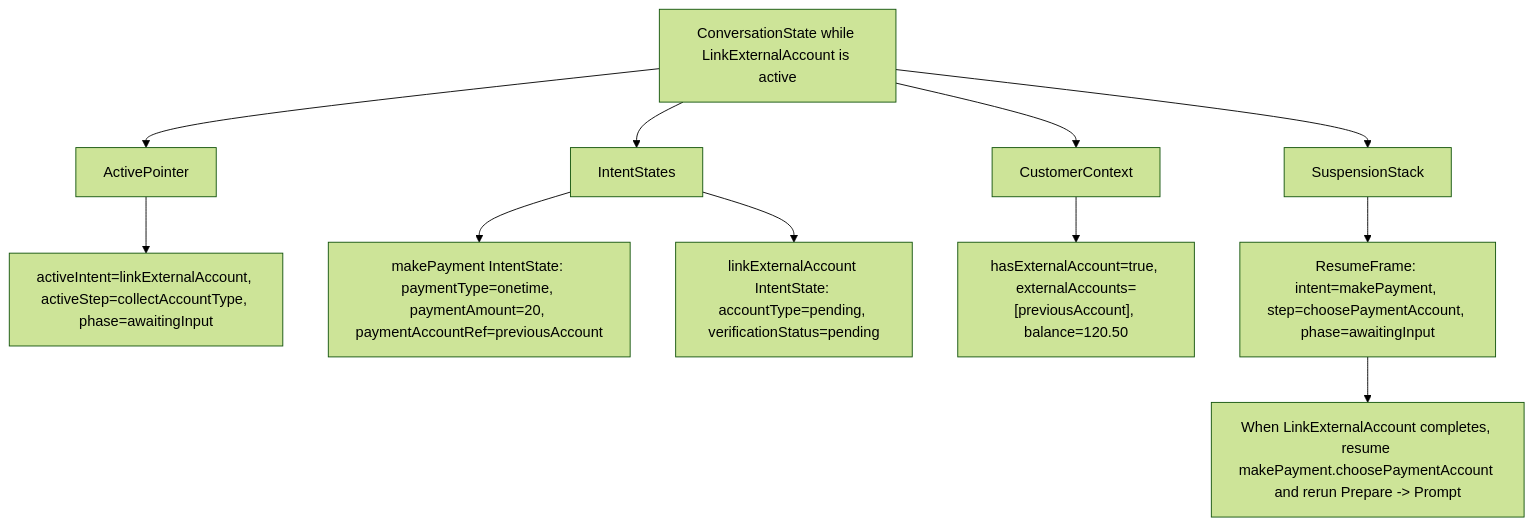
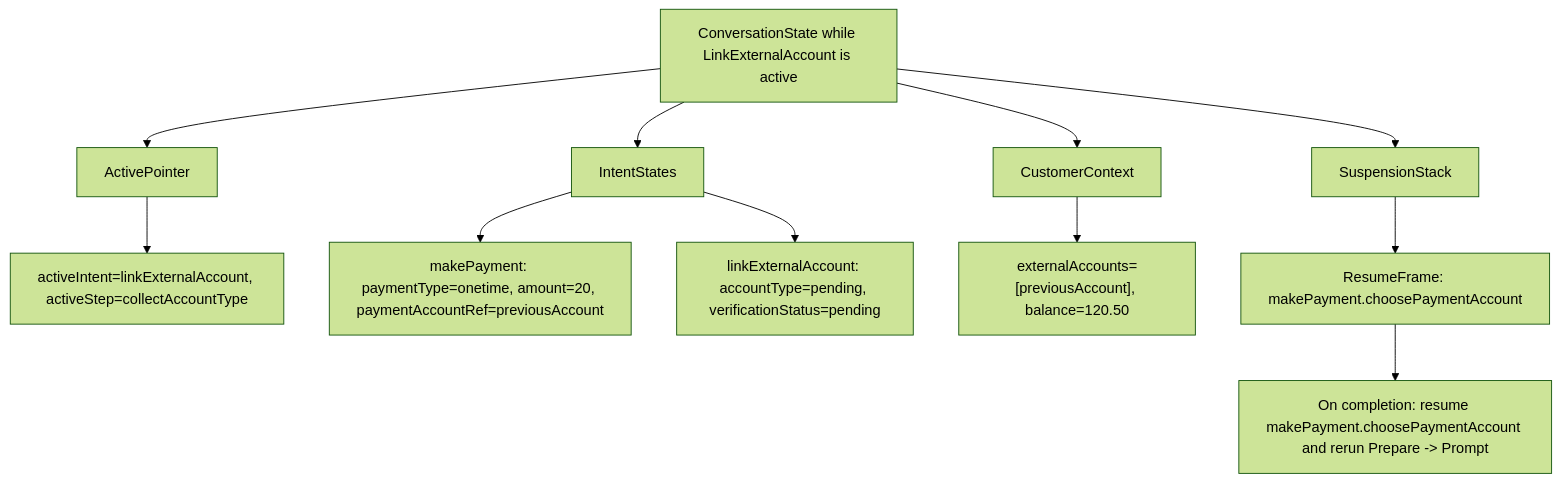
One commit to fghjkl007/adk-go-company-model-integration changed the sixth of 8 diagrams in docs/superpowers/specs/2026-06-07-intent-step-orchestration-confluence.md. Above: the diagram before and after it, drawn with Mermaid (forest theme). The commit also changed other lines of this file, not shown here.

Commit message:
docs: simplify confluence demo diagrams

````diff
--- a/docs/superpowers/specs/2026-06-07-intent-step-orchestration-confluence.md
+++ b/docs/superpowers/specs/2026-06-07-intent-step-orchestration-confluence.md
@@ -213,15 +137,14 @@
 ```mermaid
 flowchart TD
   State["ConversationState while LinkExternalAccount is active"] --> Active["ActivePointer"]
-  State --> IntentStates2["IntentStates"]
+  State --> Intents["IntentStates"]
   State --> Customer["CustomerContext"]
   State --> Stack["SuspensionStack"]
 
-  Active --> ActiveValue["activeIntent=linkExternalAccount, activeStep=collectAccountType, phase=awaitingInput"]
-  IntentStates2 --> MP["makePayment IntentState: paymentType=onetime, paymentAmount=20, paymentAccountRef=previousAccount"]
-  IntentStates2 --> LEA["linkExternalAccount IntentState: accountType=pending, verificationStatus=pending"]
-  Customer --> Ctx["hasExternalAccount=true, externalAccounts=[previousAccount], balance=120.50"]
-  Stack --> Frame["ResumeFrame: intent=makePayment, step=choosePaymentAccount, phase=awaitingInput"]
-
-  Frame --> ResumeRule["When LinkExternalAccount completes, resume makePayment.choosePaymentAccount and rerun Prepare -> Prompt"]
+  Active --> ActiveValue["activeIntent=linkExternalAccount, activeStep=collectAccountType"]
+  Intents --> MP["makePayment: paymentType=onetime, amount=20, paymentAccountRef=previousAccount"]
+  Intents --> LEA["linkExternalAccount: accountType=pending, verificationStatus=pending"]
+  Customer --> Ctx["externalAccounts=[previousAccount], balance=120.50"]
+  Stack --> Frame["ResumeFrame: makePayment.choosePaymentAccount"]
+  Frame --> Resume["On completion: resume makePayment.choosePaymentAccount and rerun Prepare -> Prompt"]
 ```
````
